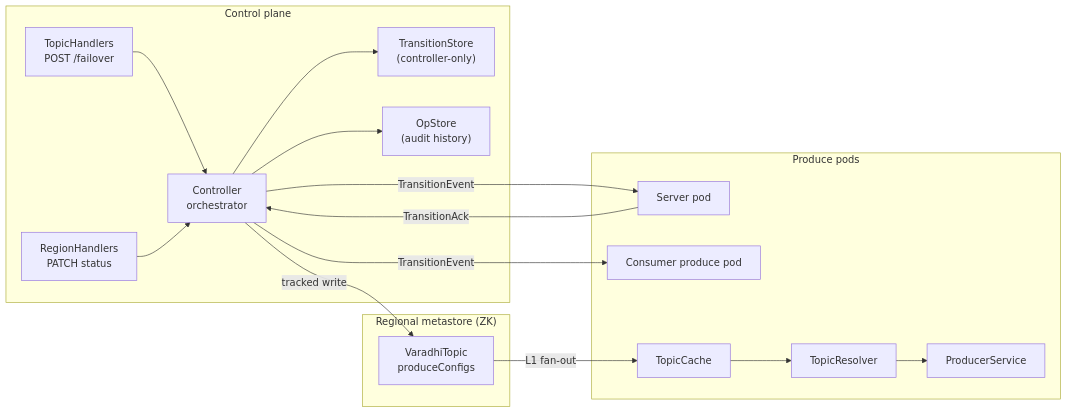
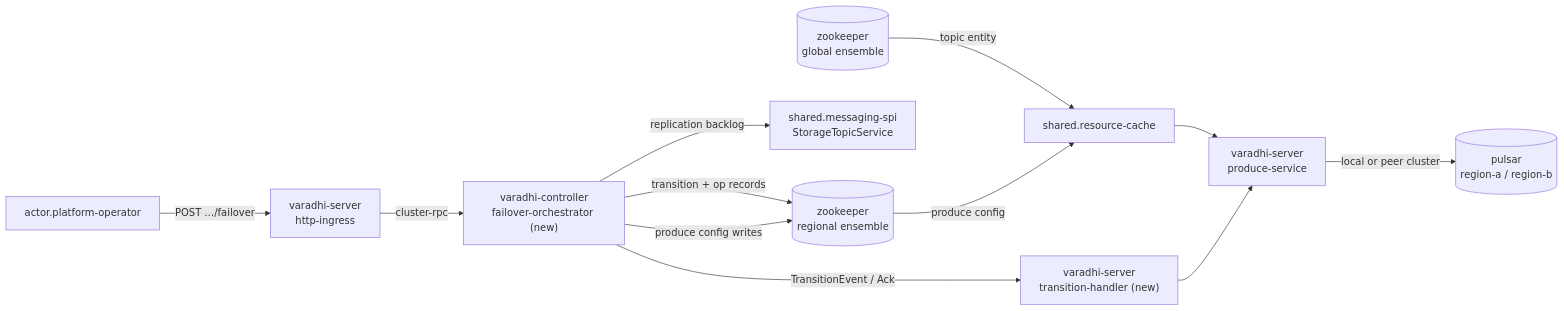
One commit to flipkart-incubator/varadhi changed the first of 3 diagrams in vips/VIP-0003.md. Above: the diagram before and after it, drawn with Mermaid. The commit also changed other lines of this file, not shown here.

````diff
--- a/vips/VIP-0003.md
+++ b/vips/VIP-0003.md
@@ -246,33 +152,16 @@
 ```mermaid
 flowchart LR
-    subgraph Control["Control plane"]
-        REST["TopicHandlers<br/>POST /failover"]
-        RH["RegionHandlers<br/>PATCH status"]
-        Ctrl["Controller<br/>orchestrator"]
-        TS["TransitionStore<br/>(controller-only)"]
-        OS["OpStore<br/>(audit history)"]
-    end
+    Op["actor.platform-operator"] -->|"POST …/failover"| API["varadhi-server<br/>http-ingress"]
+    API -->|"cluster-rpc"| Orc["varadhi-controller<br/>failover-orchestrator (new)"]
 
-    subgraph Data["Regional metastore (ZK)"]
-        VT["VaradhiTopic<br/>produceConfigs"]
-    end
+    Orc -->|"transition + op records"| RZK[("zookeeper<br/>regional ensemble")]
+    Orc -->|"produce config writes"| RZK
+    Orc -->|"replication backlog"| MSP["shared.messaging-spi<br/>StorageTopicService"]
+    Orc -->|"TransitionEvent / Ack"| TH["varadhi-server<br/>transition-handler (new)"]
 
-    subgraph Produce["Produce pods"]
-        Pod1["Server pod"]
-        Pod2["Consumer produce pod"]
-        TC["TopicCache"]
-        TR["TopicResolver"]
-        PS["ProducerService"]
-    end
-
-    REST --> Ctrl
-    RH --> Ctrl
-    Ctrl --> TS
-    Ctrl --> OS
-    Ctrl -->|"tracked write"| VT
-    VT -->|"L1 fan-out"| TC
-    Ctrl -->|"TransitionEvent"| Pod1
-    Ctrl -->|"TransitionEvent"| Pod2
-    Pod1 -->|"TransitionAck"| Ctrl
-    TC --> TR --> PS
+    GZK[("zookeeper<br/>global ensemble")] -->|"topic entity"| Cache
+    RZK -->|"produce config"| Cache["shared.resource-cache"]
+    Cache --> PS["varadhi-server<br/>produce-service"]
+    TH --> PS
+    PS -->|"local or peer cluster"| Pulsar[("pulsar<br/>region-a / region-b")]
 ```
````
